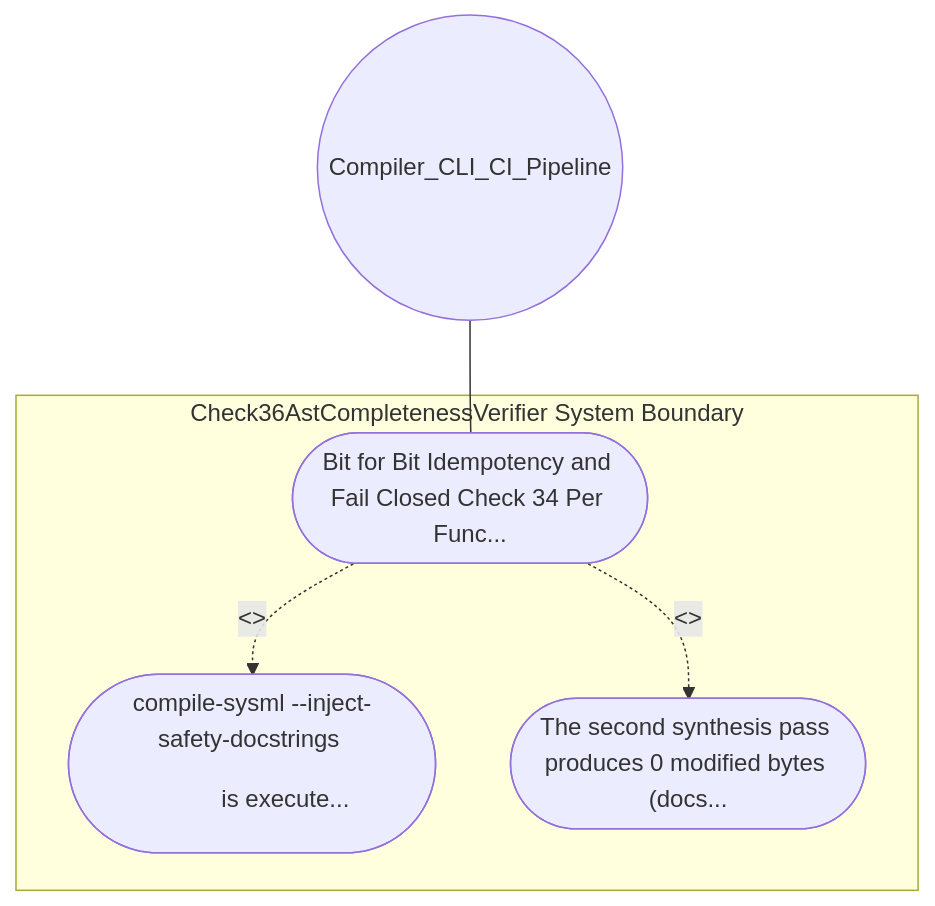
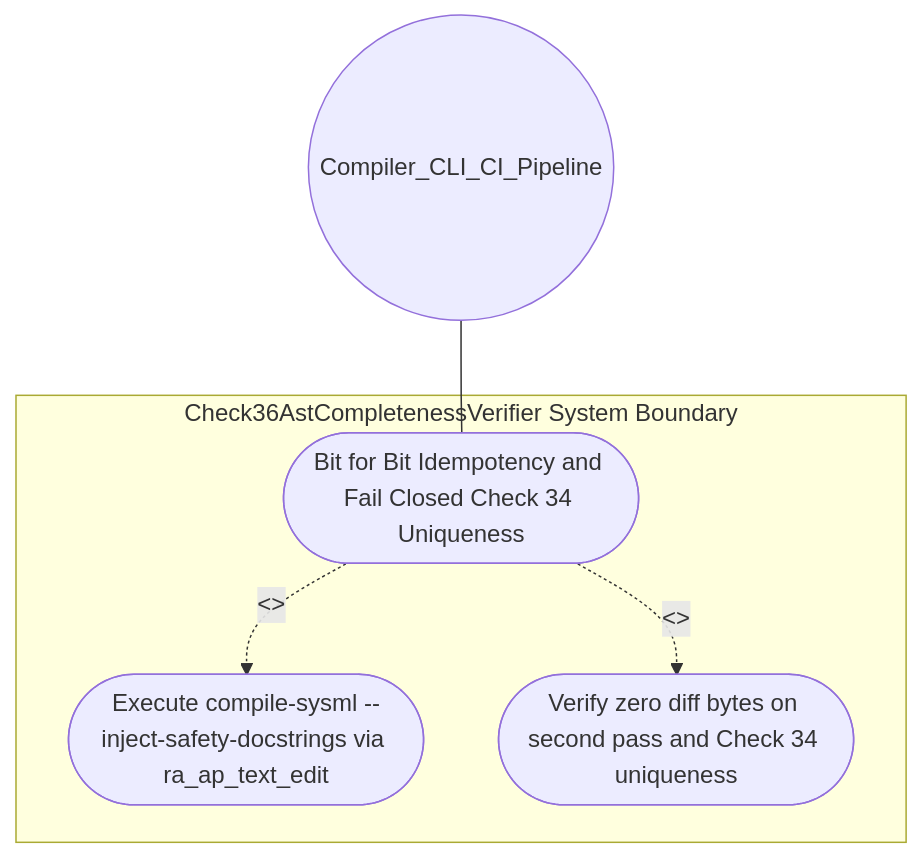
Before and after one commit to gintatkinson/DEAP01-spec-core: the diagram in .pipeline/upstream/docs/use-cases/UC-24-Bit_for_Bit_Idempotency_and_Fail_Closed_Check_34_Per_Function_Normalized_Body_Uniqueness.md, drawn with Mermaid. The commit also changed other lines of this file and 225 other files, not shown here.

````diff
--- a/.pipeline/upstream/docs/use-cases/UC-24-Bit_for_Bit_Idempotency_and_Fail_Closed_Check_34_Per_Function_Normalized_Body_Uniqueness.md
+++ b/.pipeline/upstream/docs/use-cases/UC-24-Bit_for_Bit_Idempotency_and_Fail_Closed_Check_34_Per_Function_Normalized_Body_Uniqueness.md
@@ -16,11 +16,11 @@
 ```mermaid
 graph TD
     subgraph "Check36AstCompletenessVerifier System Boundary"
-        UC_Main(["Bit for Bit Idempotency and Fail Closed Check 34 Per Func..."])
-        UC_Step01(["compile-sysml --inject-safety-docstrings <DIR> is execute..."])
-        UC_Step02(["The second synthesis pass produces 0 modified bytes (docs..."])
+        UC_Main(["Bit for Bit Idempotency and Fail Closed Check 34 Uniqueness"])
+        UC_Step01(["Execute compile-sysml --inject-safety-docstrings via ra_ap_text_edit"])
+        UC_Step02(["Verify zero diff bytes on second pass and Check 34 uniqueness"])
     end
     Compiler_CLI_CI_Pipeline(("Compiler_CLI_CI_Pipeline")) --- UC_Main
     UC_Main -. "<<include>>" .-> UC_Step01
     UC_Main -. "<<include>>" .-> UC_Step02
 ```
````
